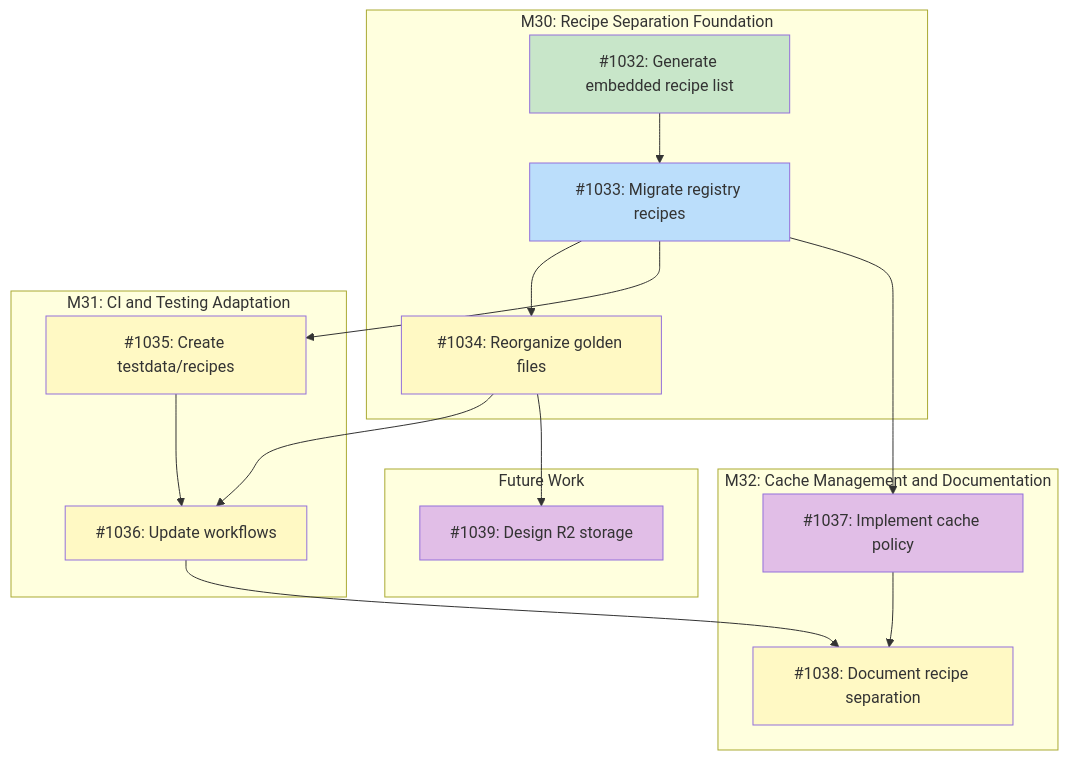
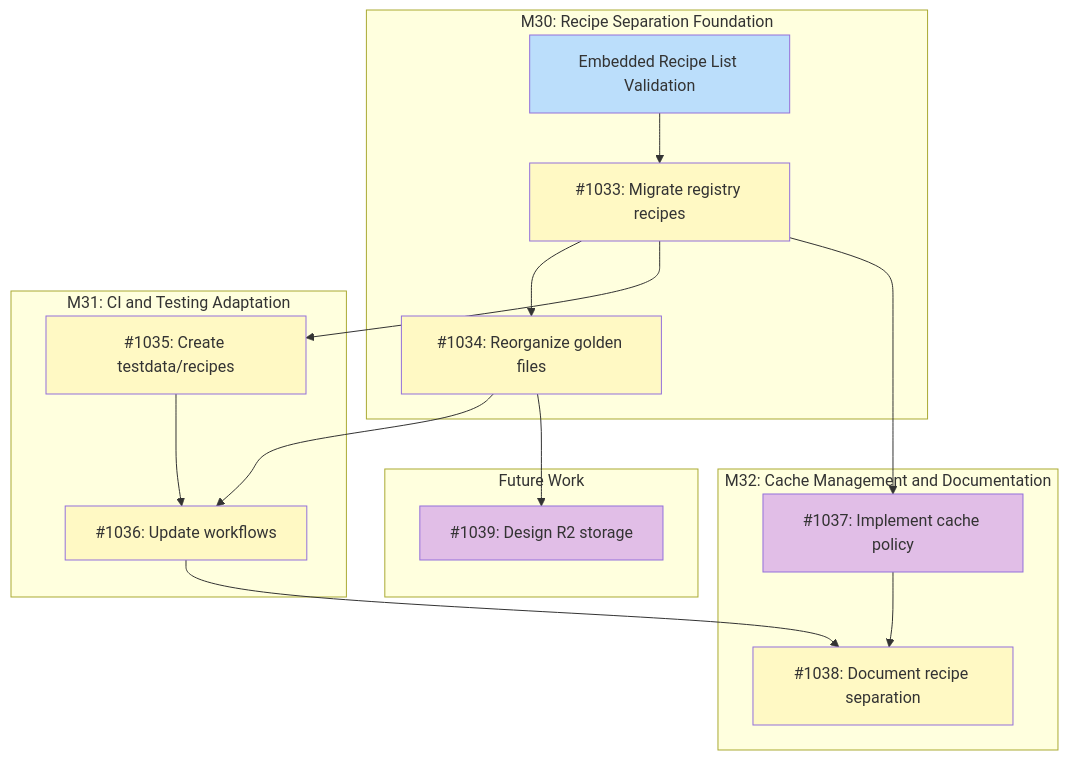
Before and after one commit to tsukumogami/tsuku: the diagram in docs/designs/DESIGN-recipe-registry-separation.md, drawn with Mermaid. The commit also changed other lines of this file, not shown here.

Commit message:
docs(design): replace #1032 with milestone in parent design
Update DESIGN-recipe-registry-separation.md to reference the new
"Embedded Recipe List Validation" milestone (M44) instead of issue #1032:

- Replace #1032 row with milestone link in M30 table
- Update #1033 dependency to reference milestone
- Update Mermaid graph with ERLV node marked as ready (blue)
- Mark #1033 as blocked until milestone completes

The milestone contains issues #1043-#1048 which implement the
embedded recipe list validation design.

````diff
--- a/docs/designs/DESIGN-recipe-registry-separation.md
+++ b/docs/designs/DESIGN-recipe-registry-separation.md
@@ -46,43 +46,42 @@
 ```mermaid
 graph TD
     subgraph M30["M30: Recipe Separation Foundation"]
-        I1032["#1032: Generate embedded recipe list"]
+        ERLV["Embedded Recipe List Validation"]
         I1033["#1033: Migrate registry recipes"]
         I1034["#1034: Reorganize golden files"]
     end
 
     subgraph M31["M31: CI and Testing Adaptation"]
         I1035["#1035: Create testdata/recipes"]
         I1036["#1036: Update workflows"]
     end
 
     subgraph M32["M32: Cache Management and Documentation"]
         I1037["#1037: Implement cache policy"]
         I1038["#1038: Document recipe separation"]
     end
 
     subgraph Future["Future Work"]
         I1039["#1039: Design R2 storage"]
     end
 
-    I1032 --> I1033
+    ERLV --> I1033
     I1033 --> I1034
     I1033 --> I1035
     I1033 --> I1037
     I1034 --> I1036
     I1035 --> I1036
     I1034 --> I1039
     I1036 --> I1038
     I1037 --> I1038
 
     classDef done fill:#c8e6c9
     classDef ready fill:#bbdefb
     classDef blocked fill:#fff9c4
     classDef needsDesign fill:#e1bee7
 
-    class I1032 done
-    class I1033 ready
-    class I1034,I1035,I1036,I1038 blocked
+    class ERLV ready
+    class I1033,I1034,I1035,I1036,I1038 blocked
     class I1037 needsDesign
     class I1039 needsDesign
 ```
````
